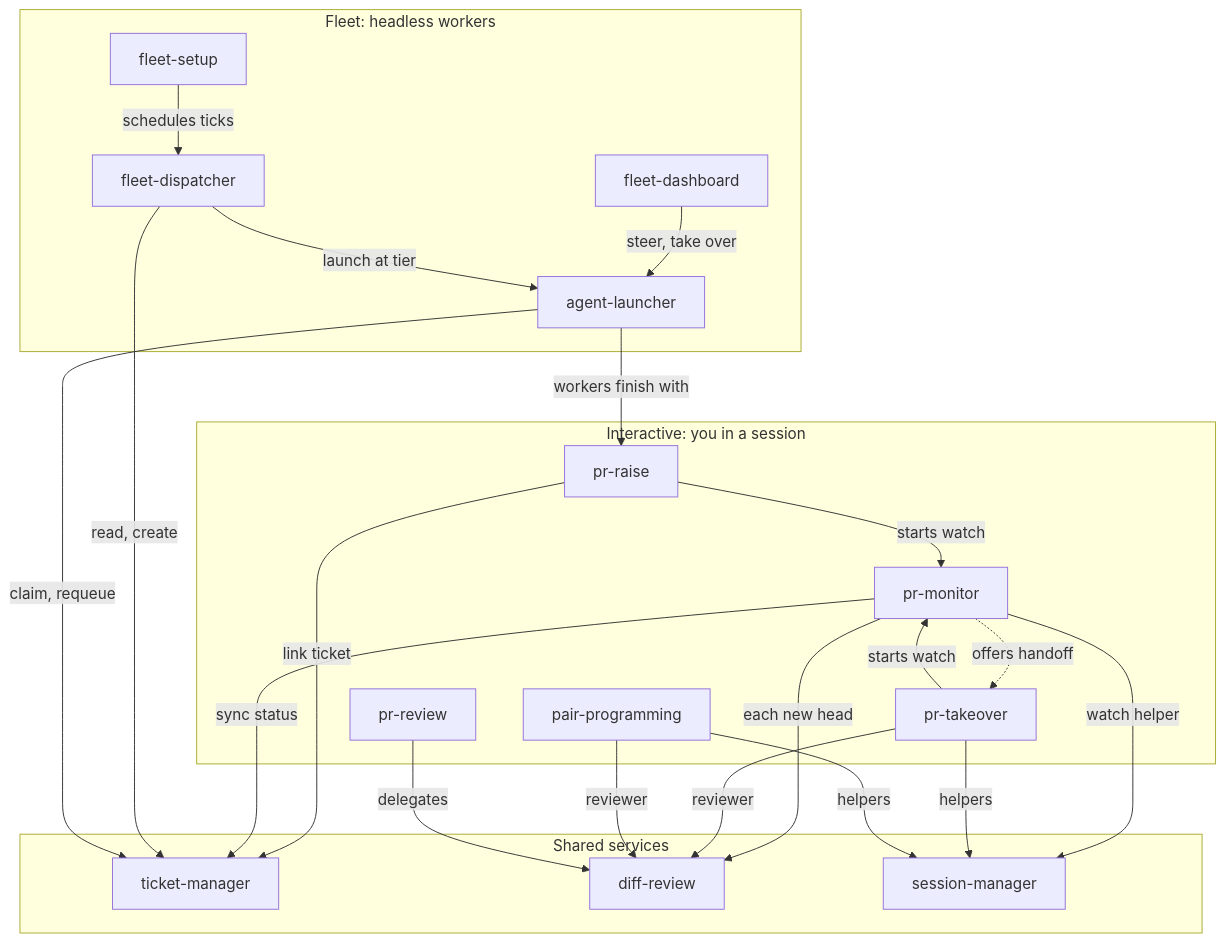
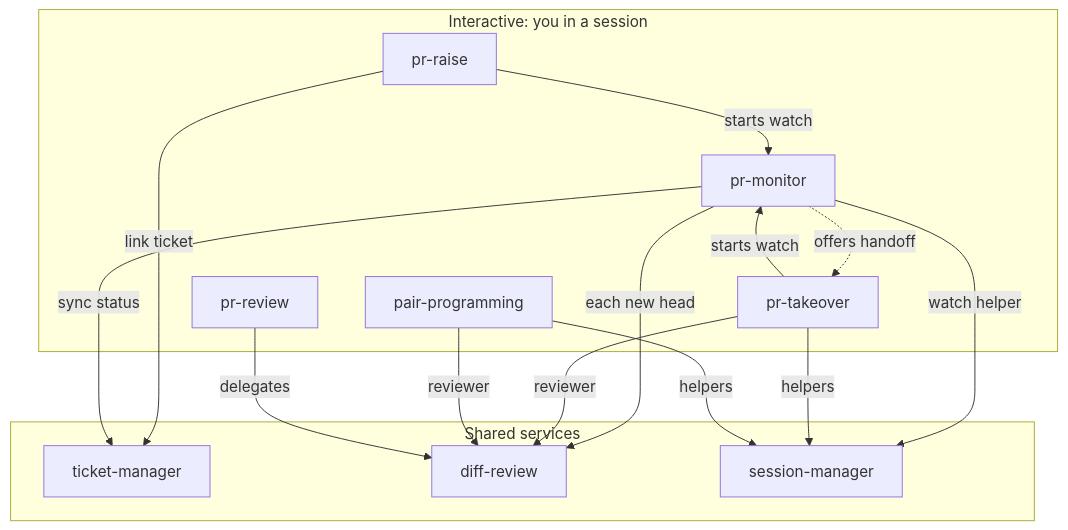
Before and after one commit to purnachand-jaddu/ai-skills: the diagram in README.md, drawn with Mermaid. The commit also changed other lines of this file and 22 other files, not shown here.

Commit message:
chore: remove the agent fleet skills (dispatcher, launcher, dashboard, setup) and pr-raise's headless run

````diff
--- a/README.md
+++ b/README.md
@@ -10,41 +9,28 @@
 ```mermaid
 flowchart TD
   subgraph interactive["Interactive: you in a session"]
     raise[pr-raise]
     takeover[pr-takeover]
     pair[pair-programming]
     monitor[pr-monitor]
     prreview[pr-review]
-  end
-  subgraph fleet["Fleet: headless workers"]
-    setup[fleet-setup]
-    dashboard[fleet-dashboard]
-    dispatcher[fleet-dispatcher]
-    launcher[agent-launcher]
   end
   subgraph services["Shared services"]
     tickets[ticket-manager]
     review[diff-review]
     sessions[session-manager]
   end
 
   raise -->|starts watch| monitor
   takeover -->|starts watch| monitor
   monitor -.->|offers handoff| takeover
   raise -->|link ticket| tickets
   monitor -->|sync status| tickets
   monitor -->|each new head| review
   monitor -->|watch helper| sessions
   takeover -->|reviewer| review
   takeover -->|helpers| sessions
   pair -->|reviewer| review
   prreview -->|delegates| review
   pair -->|helpers| sessions
-
-  setup -->|schedules ticks| dispatcher
-  dashboard -->|steer, take over| launcher
-  dispatcher -->|launch at tier| launcher
-  launcher -->|workers finish with| raise
-  dispatcher -->|read, create| tickets
-  launcher -->|claim, requeue| tickets
 ```
````
